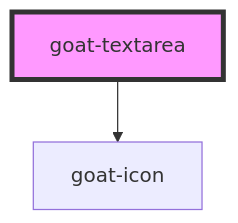
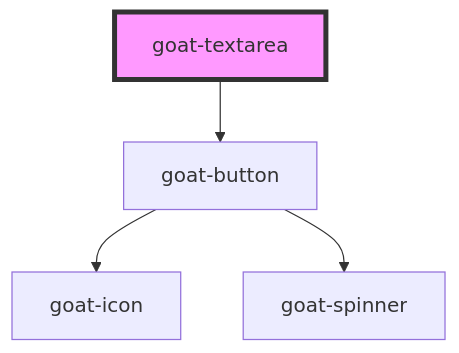
The diagram in src/components/data-entry/input/textarea/readme.md (goatui/components), drawn with Mermaid before and after one commit. The commit also changed other lines of this file and 114 other files, not shown here.

````diff
--- a/src/components/data-entry/input/textarea/readme.md
+++ b/src/components/data-entry/input/textarea/readme.md
@@ -85,5 +85,7 @@
 ```mermaid
 graph TD;
-  goat-textarea --> goat-icon
+  goat-textarea --> goat-button
+  goat-button --> goat-icon
+  goat-button --> goat-spinner
   style goat-textarea fill:#f9f,stroke:#333,stroke-width:4px
 ```
````
